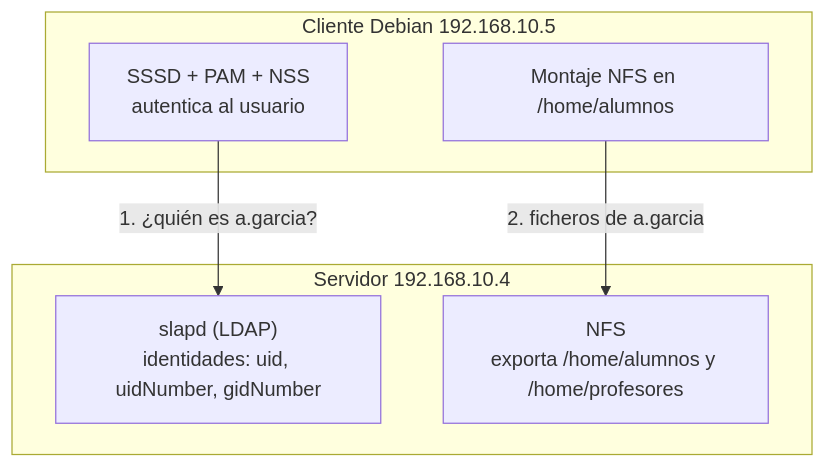
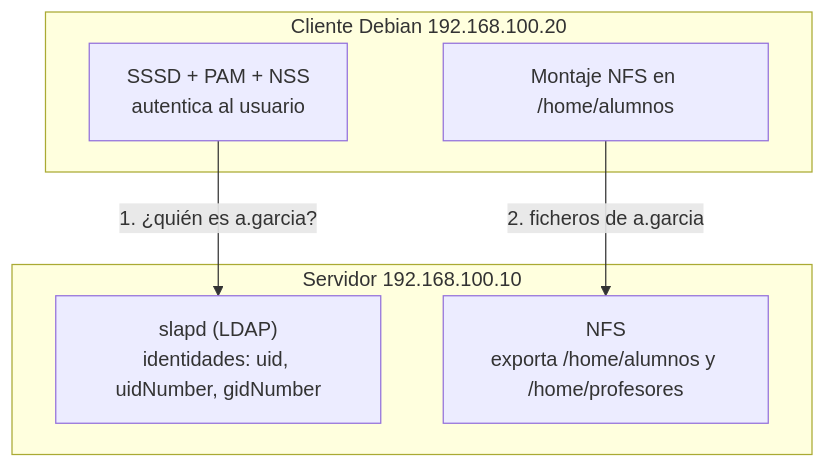
The diagram in sistemas_operativos_en_red/03_perfiles_moviles.md (martin2745/curso-linux), drawn with Mermaid before and after one commit. The commit also changed other lines of this file and 14 other files, not shown here.

````diff
--- a/sistemas_operativos_en_red/03_perfiles_moviles.md
+++ b/sistemas_operativos_en_red/03_perfiles_moviles.md
@@ -69,13 +69,13 @@
 ```mermaid
 flowchart TB
-    subgraph SRV["Servidor 192.168.10.4"]
+    subgraph SRV["Servidor 192.168.100.10"]
         LDAP["slapd (LDAP)<br>identidades: uid, uidNumber, gidNumber"]
         NFSS["NFS<br>exporta /home/alumnos y /home/profesores"]
     end
-    subgraph CLI["Cliente Debian 192.168.10.5"]
+    subgraph CLI["Cliente Debian 192.168.100.20"]
         SSSD["SSSD + PAM + NSS<br>autentica al usuario"]
         MNT["Montaje NFS en /home/alumnos"]
     end
     SSSD -->|"1. ¿quién es a.garcia?"| LDAP
     MNT -->|"2. ficheros de a.garcia"| NFSS
 ```
````
